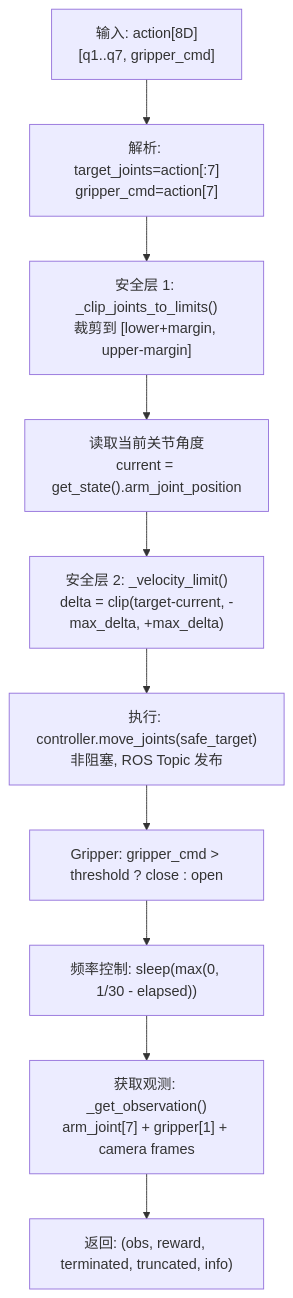
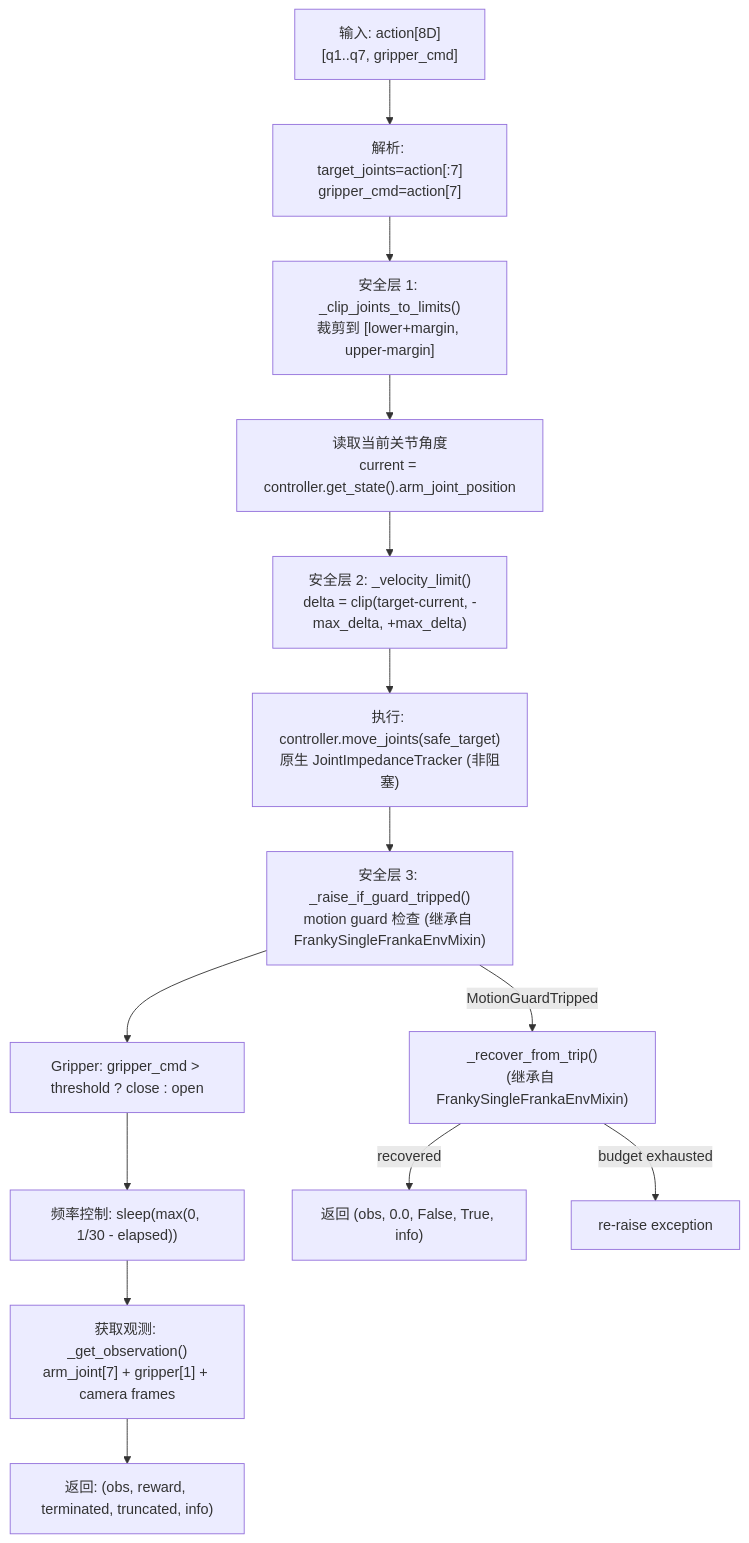
Before and after one commit to Avant-US/RLinf: the fifth of 14 diagrams in b/d/frk1/4wvla_rlinf_eval_2.md, drawn with Mermaid. The commit also changed other lines of this file and 14 other files, not shown here.

````diff
--- a/b/d/frk1/4wvla_rlinf_eval_2.md
+++ b/b/d/frk1/4wvla_rlinf_eval_2.md
@@ -397,13 +730,18 @@
 ```mermaid
 flowchart TD
     INPUT["输入: action[8D]<br/>[q1..q7, gripper_cmd]"] --> PARSE
     PARSE["解析: target_joints=action[:7]<br/>gripper_cmd=action[7]"] --> CLIP
     CLIP["安全层 1: _clip_joints_to_limits()<br/>裁剪到 [lower+margin, upper-margin]"] --> READ
-    READ["读取当前关节角度<br/>current = get_state().arm_joint_position"] --> VLIMIT
+    READ["读取当前关节角度<br/>current = controller.get_state().arm_joint_position"] --> VLIMIT
     VLIMIT["安全层 2: _velocity_limit()<br/>delta = clip(target-current, -max_delta, +max_delta)"] --> MOVE
-    MOVE["执行: controller.move_joints(safe_target)<br/>非阻塞, ROS Topic 发布"] --> GRIPPER
+    MOVE["执行: controller.move_joints(safe_target)<br/>原生 JointImpedanceTracker (非阻塞)"] --> GUARD
+    GUARD["安全层 3: _raise_if_guard_tripped()<br/>motion guard 检查 (继承自 FrankySingleFrankaEnvMixin)"] --> GRIPPER
     GRIPPER["Gripper: gripper_cmd > threshold ? close : open"] --> SLEEP
     SLEEP["频率控制: sleep(max(0, 1/30 - elapsed))"] --> OBS
     OBS["获取观测: _get_observation()<br/>arm_joint[7] + gripper[1] + camera frames"] --> RETURN
     RETURN["返回: (obs, reward, terminated, truncated, info)"]
+
+    GUARD -->|"MotionGuardTripped"| RECOVERY
+    RECOVERY["_recover_from_trip()<br/>(继承自 FrankySingleFrankaEnvMixin)"] -->|"recovered"| TRUNC["返回 (obs, 0.0, False, True, info)"]
+    RECOVERY -->|"budget exhausted"| RAISE["re-raise exception"]
 ```
````
